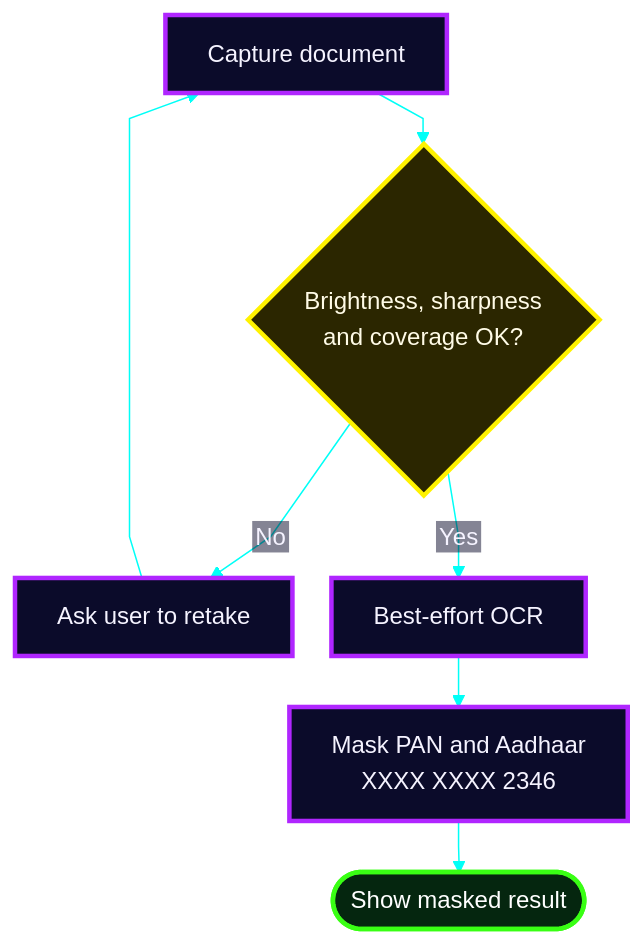
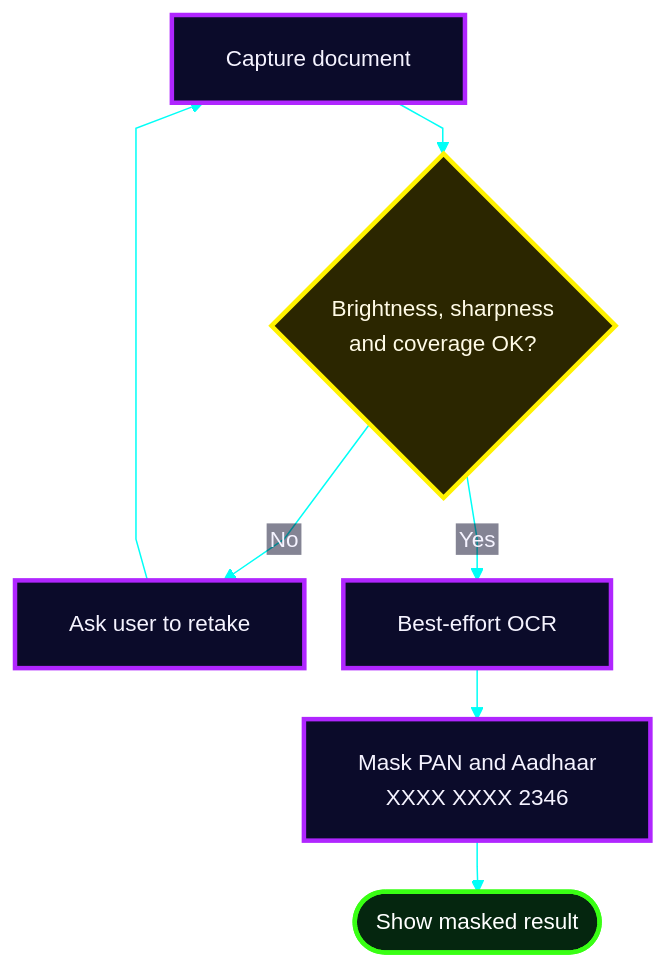
Before and after one commit to Mansi232323/MANSHORA: diagram 15 of 17 in README.md, drawn with Mermaid. The commit also changed other lines of this file, not shown here.

````diff
--- a/README.md
+++ b/README.md
@@ -616,16 +594,16 @@
 ```mermaid
-%%{init: {'theme':'base','themeVariables':{'fontSize':'16px','fontFamily':'Arial, Helvetica, sans-serif','primaryColor':'#0b0b2a','primaryTextColor':'#f5f3ff','primaryBorderColor':'#b026ff','lineColor':'#00fff7','textColor':'#f5f3ff','edgeLabelBackground':'#0b0b2a'},'flowchart':{'htmlLabels':false,'nodeSpacing':26,'rankSpacing':34,'padding':14,'curve':'linear'}}}%%
+%%{init: {'theme':'base','themeVariables':{'fontSize':'15px','fontFamily':'Arial, Helvetica, sans-serif','primaryColor':'#0b0b2a','primaryTextColor':'#f5f3ff','primaryBorderColor':'#b026ff','lineColor':'#00fff7','textColor':'#f5f3ff','edgeLabelBackground':'#0b0b2a'},'flowchart':{'htmlLabels':false,'nodeSpacing':26,'rankSpacing':34,'padding':18,'curve':'linear'}}}%%
 flowchart TD
     C["Capture document"] --> Q{"Brightness, sharpness<br/>and coverage OK?"}
     Q -- "No" --> R["Ask user to retake"]
     R --> C
     Q -- "Yes" --> O["Best-effort OCR"]
     O --> M["Mask PAN and Aadhaar<br/>XXXX XXXX 2346"]
     M --> D(["Show masked result"])
     classDef a fill:#0b0b2a,stroke:#b026ff,stroke-width:3px,color:#f5f3ff
     classDef d fill:#2b2600,stroke:#fff200,stroke-width:3px,color:#fffbe6
     classDef ok fill:#05260f,stroke:#39ff14,stroke-width:3px,color:#ffffff
     class C,R,O,M a
     class Q d
     class D ok
 ```
````
